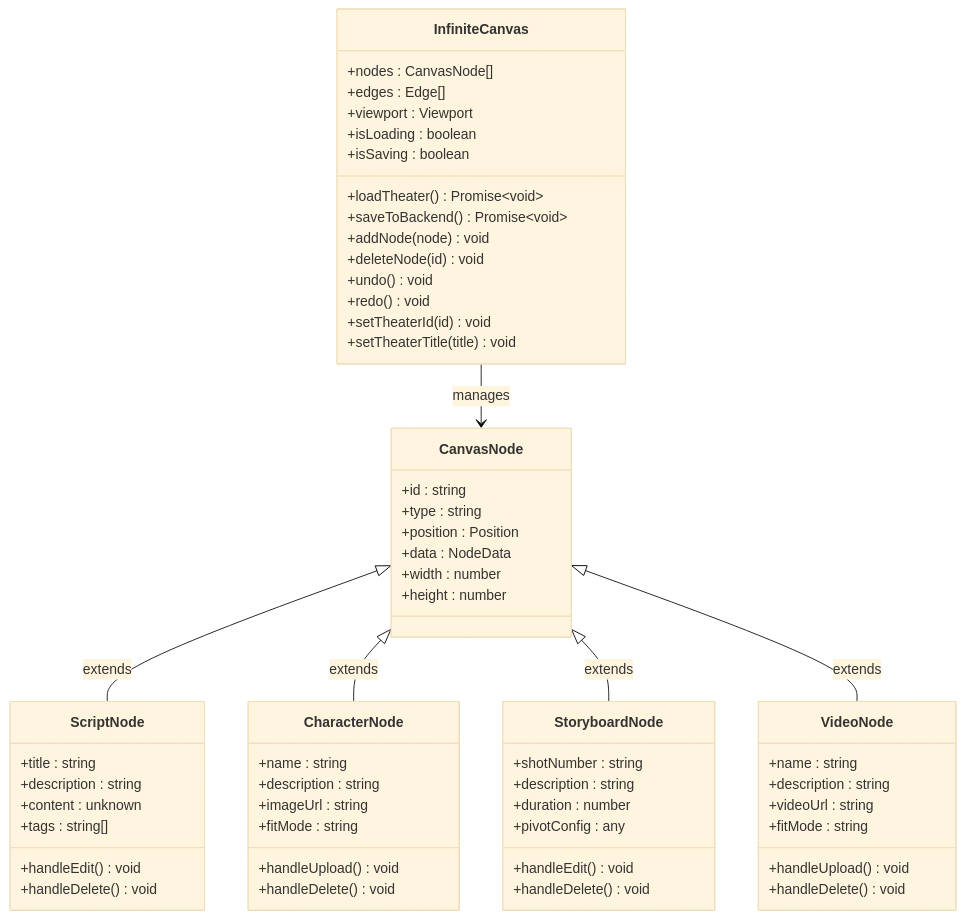
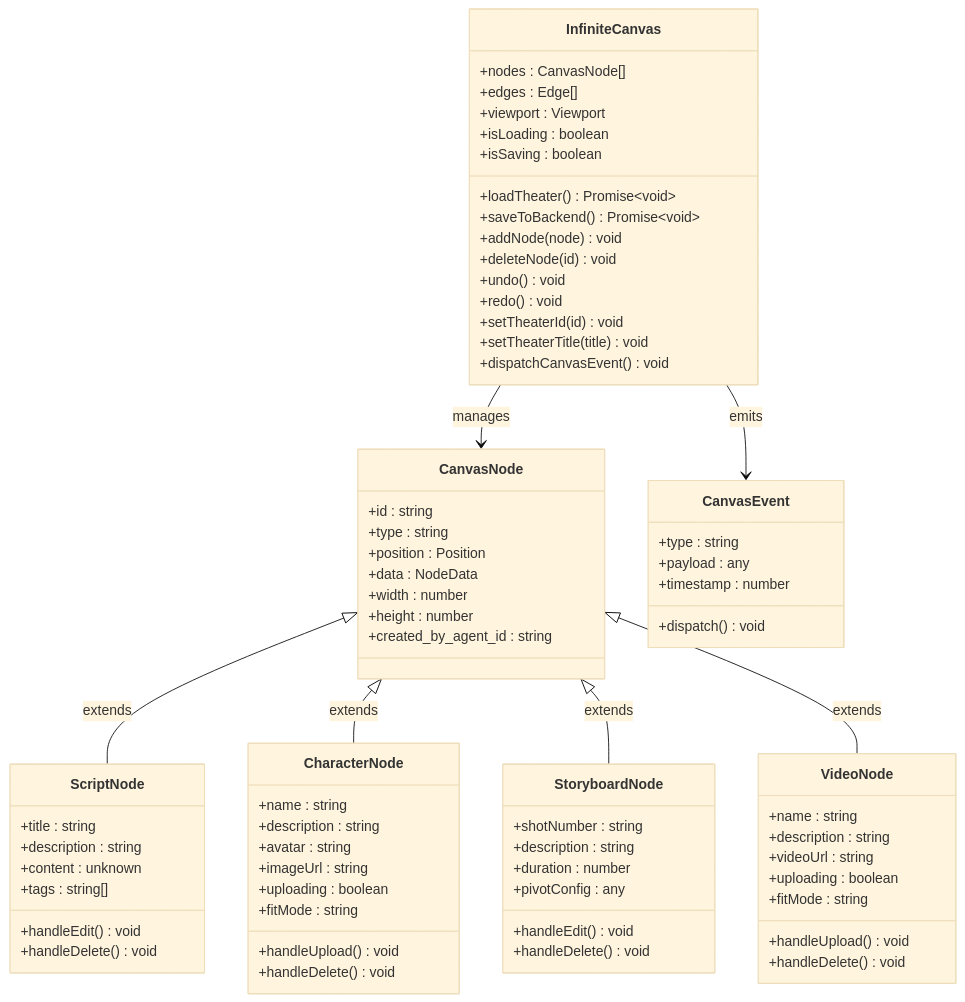
The third of 10 diagrams in .qoder/repowiki/zh/content/系统架构/剧院系统概览.md (KunLabAI/KunFlix), drawn with Mermaid (base theme) before and after one commit. The commit also changed other lines of this file and 15 other files, not shown here.

````diff
--- a/.qoder/repowiki/zh/content/系统架构/剧院系统概览.md
+++ b/.qoder/repowiki/zh/content/系统架构/剧院系统概览.md
@@ -223,63 +248,75 @@
 ```mermaid
 classDiagram
 class InfiniteCanvas {
 +nodes : CanvasNode[]
 +edges : Edge[]
 +viewport : Viewport
 +isLoading : boolean
 +isSaving : boolean
 +loadTheater() Promise~void~
 +saveToBackend() Promise~void~
 +addNode(node) void
 +deleteNode(id) void
 +undo() void
 +redo() void
 +setTheaterId(id) void
 +setTheaterTitle(title) void
++dispatchCanvasEvent() void
 }
 class CanvasNode {
 +id : string
 +type : string
 +position : Position
 +data : NodeData
 +width : number
 +height : number
++created_by_agent_id : string
 }
 class ScriptNode {
 +title : string
 +description : string
 +content : unknown
 +tags : string[]
 +handleEdit() void
 +handleDelete() void
 }
 class CharacterNode {
 +name : string
 +description : string
++avatar : string
 +imageUrl : string
++uploading : boolean
 +fitMode : string
 +handleUpload() void
 +handleDelete() void
 }
 class StoryboardNode {
 +shotNumber : string
 +description : string
 +duration : number
 +pivotConfig : any
 +handleEdit() void
 +handleDelete() void
 }
 class VideoNode {
 +name : string
 +description : string
 +videoUrl : string
++uploading : boolean
 +fitMode : string
 +handleUpload() void
 +handleDelete() void
+}
+class CanvasEvent {
++type : string
++payload : any
++timestamp : number
++dispatch() void
 }
 InfiniteCanvas --> CanvasNode : manages
 CanvasNode <|-- ScriptNode : extends
 CanvasNode <|-- CharacterNode : extends
 CanvasNode <|-- StoryboardNode : extends
 CanvasNode <|-- VideoNode : extends
+InfiniteCanvas --> CanvasEvent : emits
 ```
````
